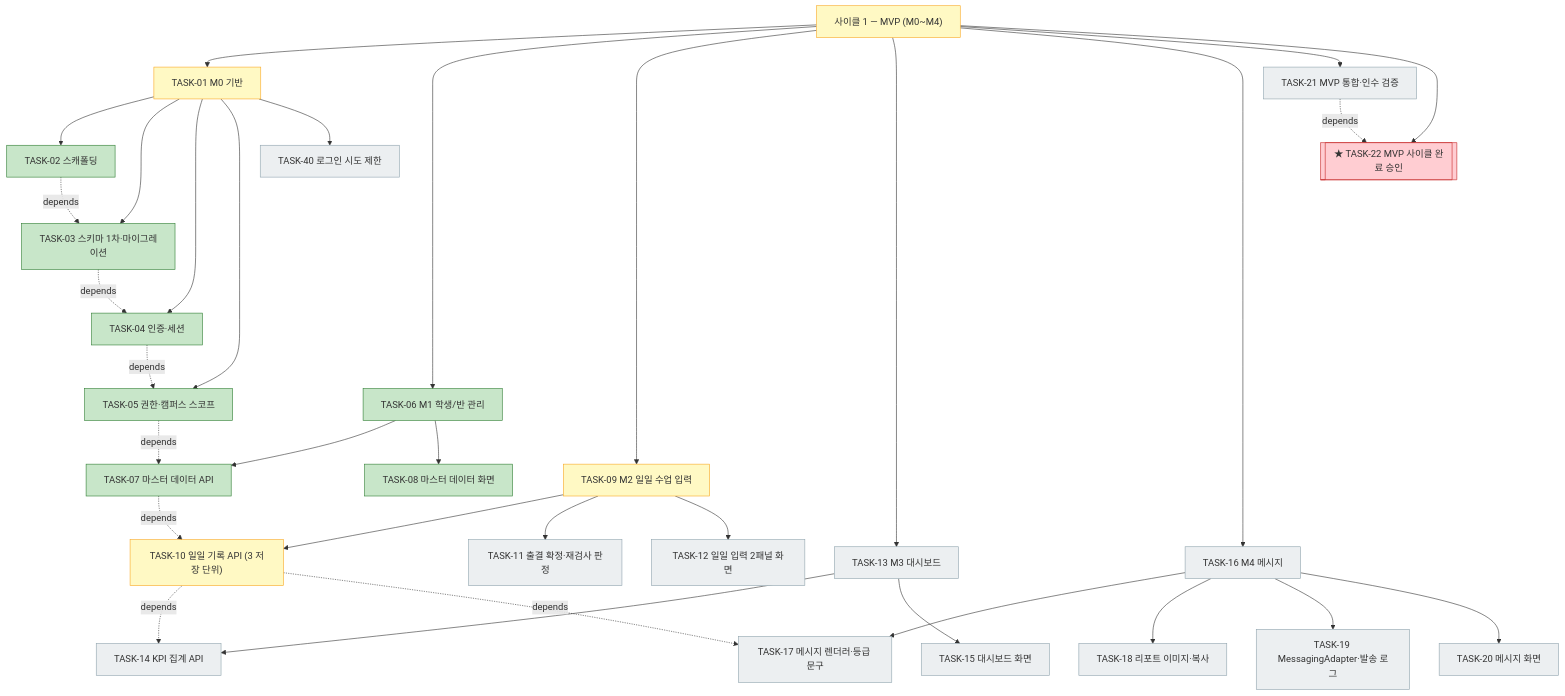
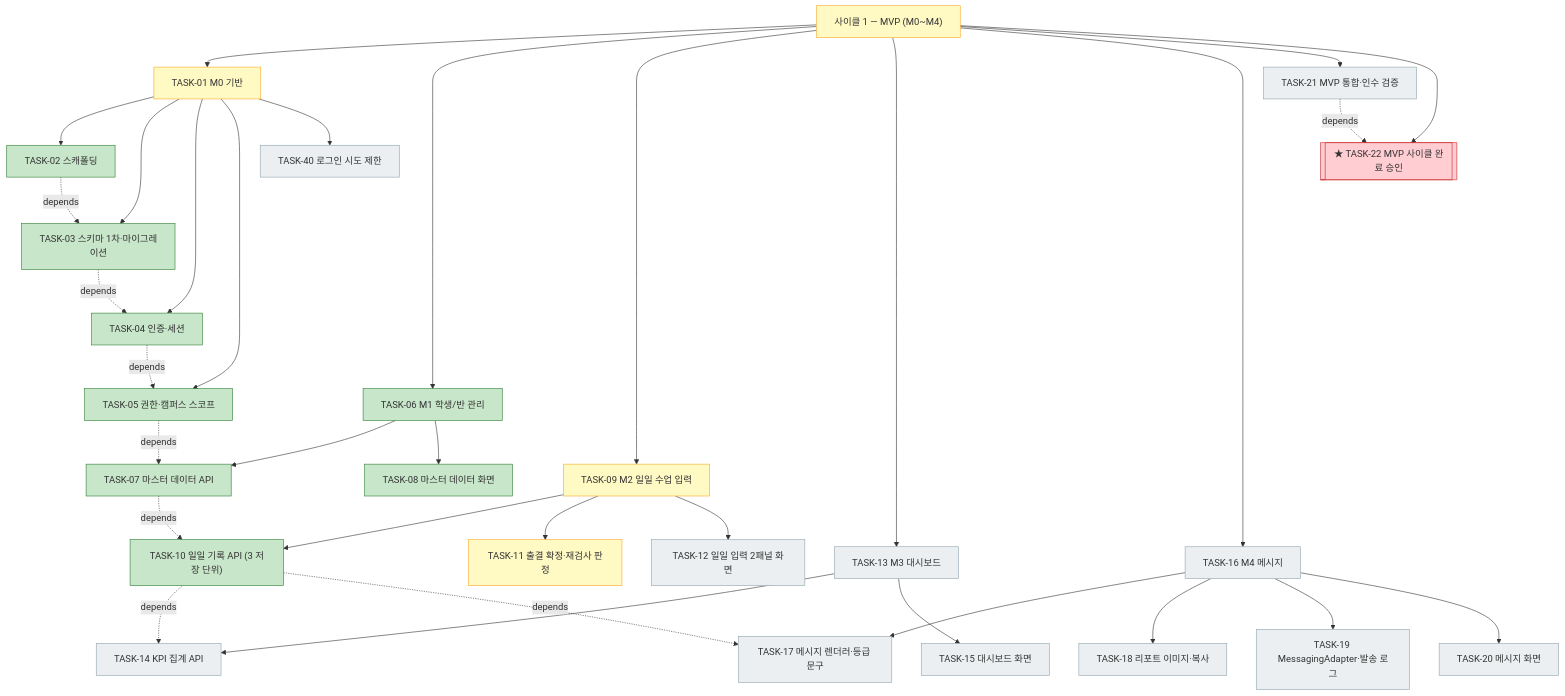
The first of 2 diagrams in docs/plan.md (bluesky5008/mathdesk), drawn with Mermaid before and after one commit. The commit also changed other lines of this file and 5 other files, not shown here.

First line of the commit message:
feat(daily): TASK-10 일일 기록 API (3 저장 단위)

````diff
--- a/docs/plan.md
+++ b/docs/plan.md
@@ -100,39 +100,39 @@
 ```mermaid
 flowchart TD
     C1["사이클 1 — MVP (M0~M4)"]:::active
     C1 --> T01["TASK-01 M0 기반"]:::active
     T01 --> T02["TASK-02 스캐폴딩"]:::done
     T01 --> T03["TASK-03 스키마 1차·마이그레이션"]:::done
     T01 --> T04["TASK-04 인증·세션"]:::done
     T01 --> T05["TASK-05 권한·캠퍼스 스코프"]:::done
     T01 --> T40["TASK-40 로그인 시도 제한"]:::todo
     C1 --> T06["TASK-06 M1 학생/반 관리"]:::done
     T06 --> T07["TASK-07 마스터 데이터 API"]:::done
     T06 --> T08["TASK-08 마스터 데이터 화면"]:::done
     C1 --> T09["TASK-09 M2 일일 수업 입력"]:::active
-    T09 --> T10["TASK-10 일일 기록 API (3 저장 단위)"]:::active
-    T09 --> T11["TASK-11 출결 확정·재검사 판정"]:::todo
+    T09 --> T10["TASK-10 일일 기록 API (3 저장 단위)"]:::done
+    T09 --> T11["TASK-11 출결 확정·재검사 판정"]:::active
     T09 --> T12["TASK-12 일일 입력 2패널 화면"]:::todo
     C1 --> T13["TASK-13 M3 대시보드"]:::todo
     T13 --> T14["TASK-14 KPI 집계 API"]:::todo
     T13 --> T15["TASK-15 대시보드 화면"]:::todo
     C1 --> T16["TASK-16 M4 메시지"]:::todo
     T16 --> T17["TASK-17 메시지 렌더러·등급 문구"]:::todo
     T16 --> T18["TASK-18 리포트 이미지·복사"]:::todo
     T16 --> T19["TASK-19 MessagingAdapter·발송 로그"]:::todo
     T16 --> T20["TASK-20 메시지 화면"]:::todo
     C1 --> T21["TASK-21 MVP 통합·인수 검증"]:::todo
     C1 --> T22[["★ TASK-22 MVP 사이클 완료 승인"]]:::gate
     T02 -. depends .-> T03
     T03 -. depends .-> T04
     T04 -. depends .-> T05
     T05 -. depends .-> T07
     T07 -. depends .-> T10
     T10 -. depends .-> T14
     T10 -. depends .-> T17
     T21 -. depends .-> T22
     classDef done fill:#c8e6c9,stroke:#2e7d32
     classDef active fill:#fff9c4,stroke:#f9a825
     classDef todo fill:#eceff1,stroke:#90a4ae
     classDef gate fill:#ffcdd2,stroke:#c62828
 ```
````
